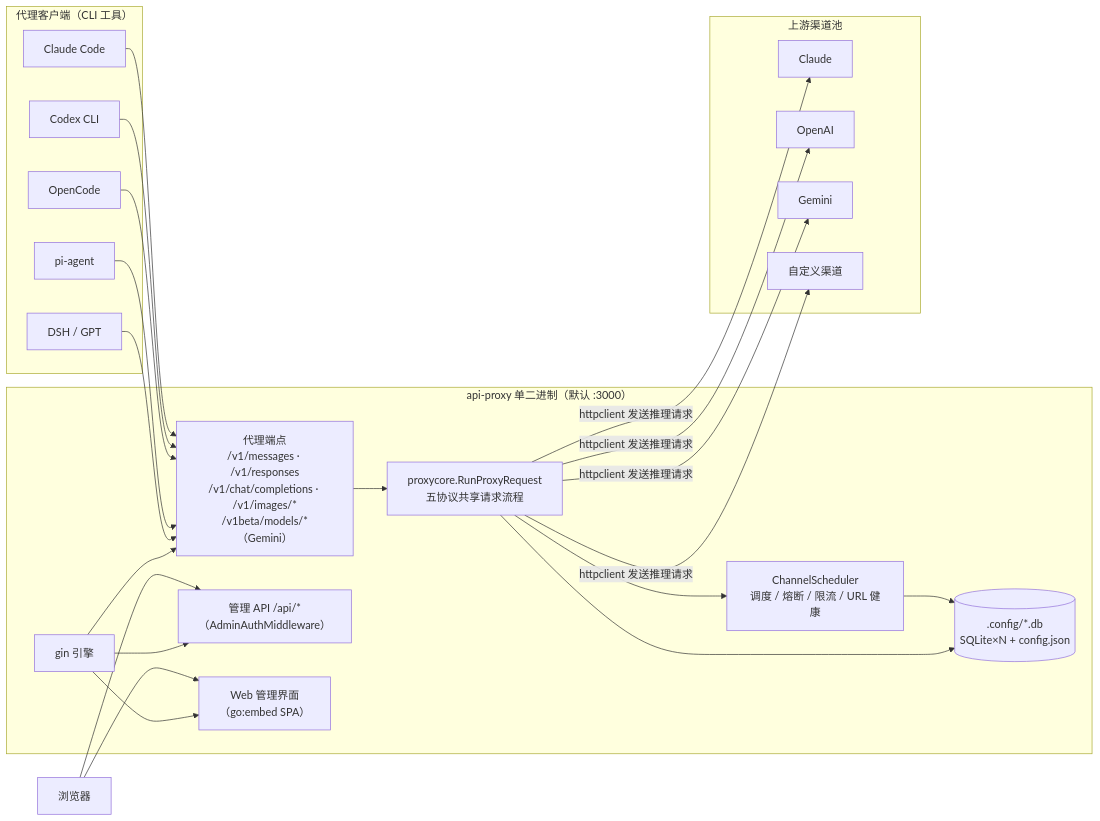
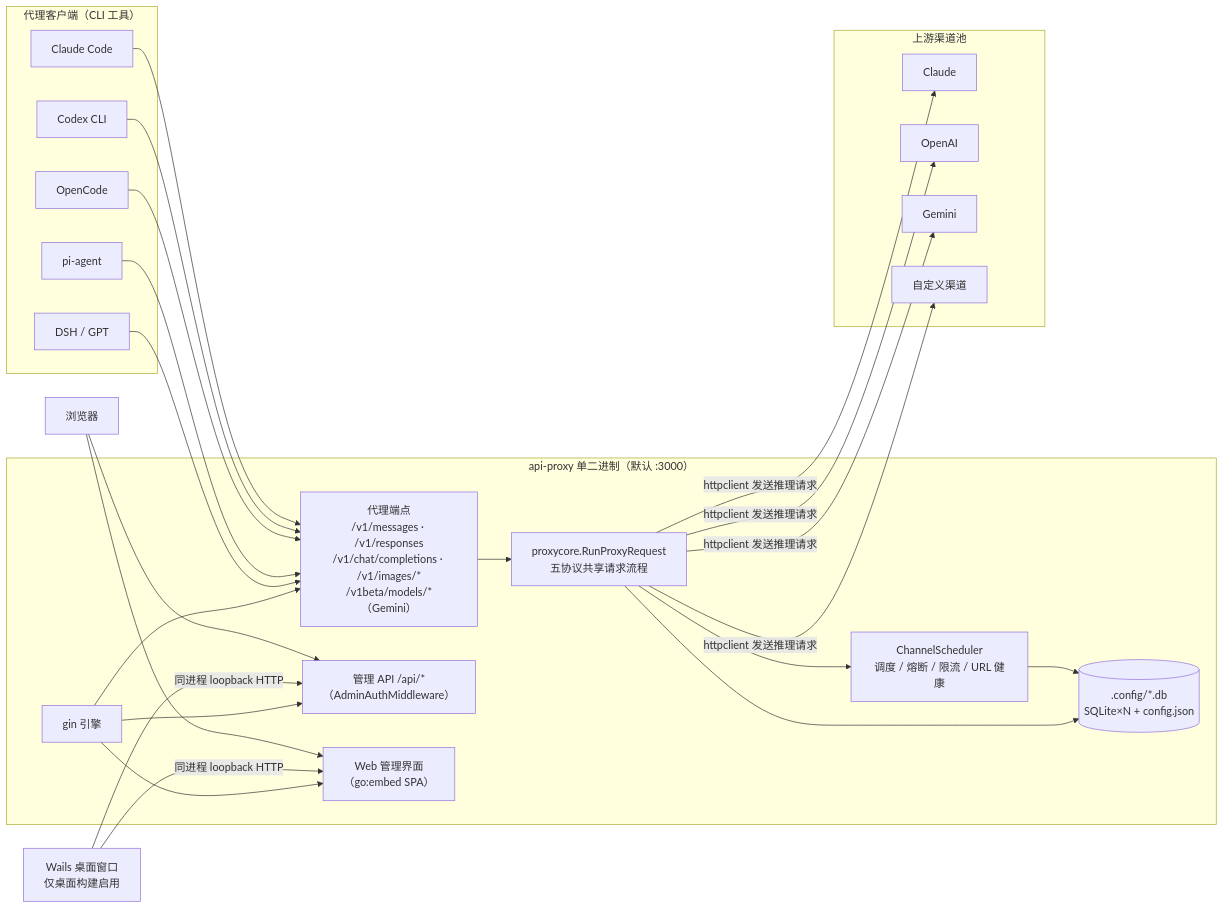
Before and after one commit to insistanan/api-proxy: the first of 5 diagrams in docs/架构说明.md, drawn with Mermaid. The commit also changed other lines of this file and 53 other files, not shown here.

First line of the commit message:
feat(desktop): 增加 Wails 便携桌面构建并优化渲染

````diff
--- a/docs/架构说明.md
+++ b/docs/架构说明.md
@@ -9,35 +11,36 @@
 ```mermaid
 flowchart LR
     subgraph clients["代理客户端（CLI 工具）"]
         CC["Claude Code"]
         CX["Codex CLI"]
         OC["OpenCode"]
         PI["pi-agent"]
         DSH["DSH / GPT"]
     end
 
     subgraph app["api-proxy 单二进制（默认 :3000）"]
         GIN["gin 引擎"]
         PROXY["代理端点<br/>/v1/messages · /v1/responses<br/>/v1/chat/completions · /v1/images/*<br/>/v1beta/models/*（Gemini）"]
         ADMIN["管理 API /api/*<br/>（AdminAuthMiddleware）"]
         WEB["Web 管理界面<br/>（go:embed SPA）"]
         CORE["proxycore.RunProxyRequest<br/>五协议共享请求流程"]
         SCHED["ChannelScheduler<br/>调度 / 熔断 / 限流 / URL 健康"]
         STORE[(".config/*.db<br/>SQLite×N + config.json")]
     end
 
     subgraph upstream["上游渠道池"]
         U1["Claude"]
         U2["OpenAI"]
         U3["Gemini"]
         U4["自定义渠道"]
     end
 
     BROWSER["浏览器"] --> WEB & ADMIN
+    DESKTOP["Wails 桌面窗口<br/>仅桌面构建启用"] -->|"同进程 loopback HTTP"| WEB & ADMIN
     CC & CX & OC & PI & DSH --> PROXY
     GIN --> PROXY & ADMIN & WEB
     PROXY --> CORE --> SCHED
     CORE -->|httpclient 发送推理请求| U1 & U2 & U3 & U4
     SCHED --> STORE
     CORE --> STORE
 ```
````
